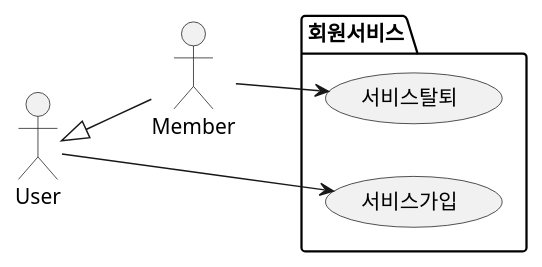
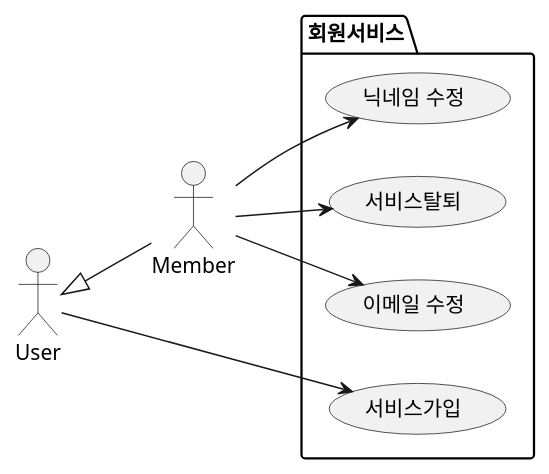
One commit to doubleu0714/footprint changed the diagram in usecase/membership.puml. Above: the diagram before and after it, drawn with PlantUML. The commit also changed 4 other files, not shown here.

```diff
--- a/usecase/membership.puml
+++ b/usecase/membership.puml
@@ -1,13 +1,17 @@
 @startuml
 left to right direction
 actor User as u
 actor Member as m
 u <|-- m
 
 package 회원서비스 {
     usecase "서비스가입" as m.uc1
     usecase "서비스탈퇴" as m.uc2
+    usecase "이메일 수정" as m.uc3
+    usecase "닉네임 수정" as m.uc4
 }
 u --> m.uc1
 m --> m.uc2
+m --> m.uc3
+m --> m.uc4
 @enduml
```
